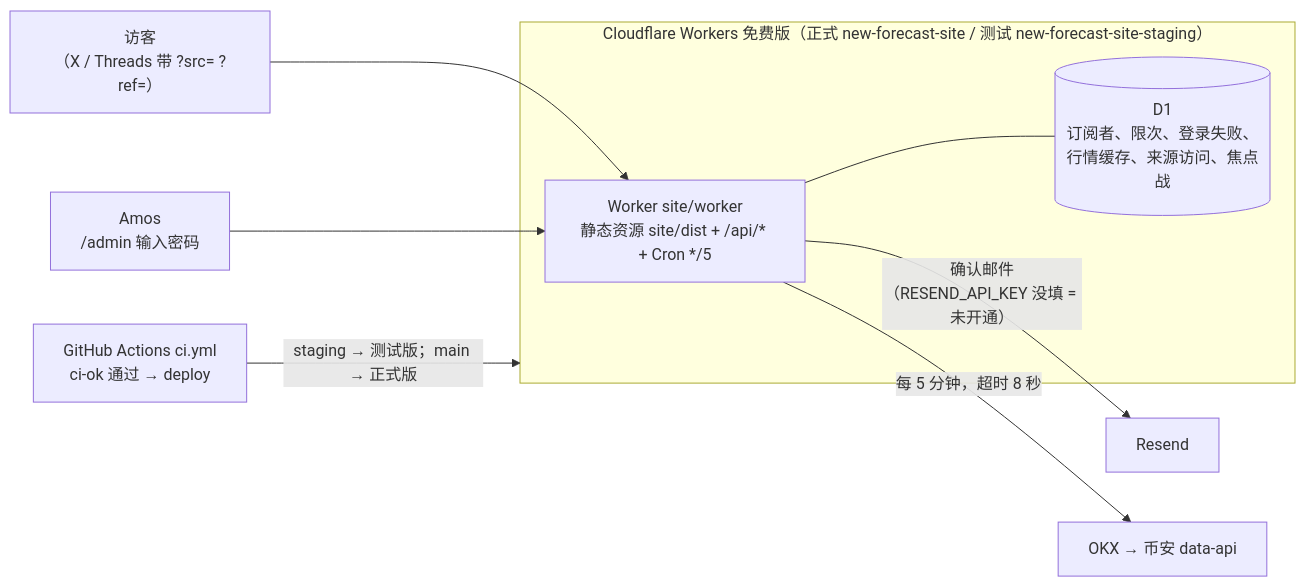
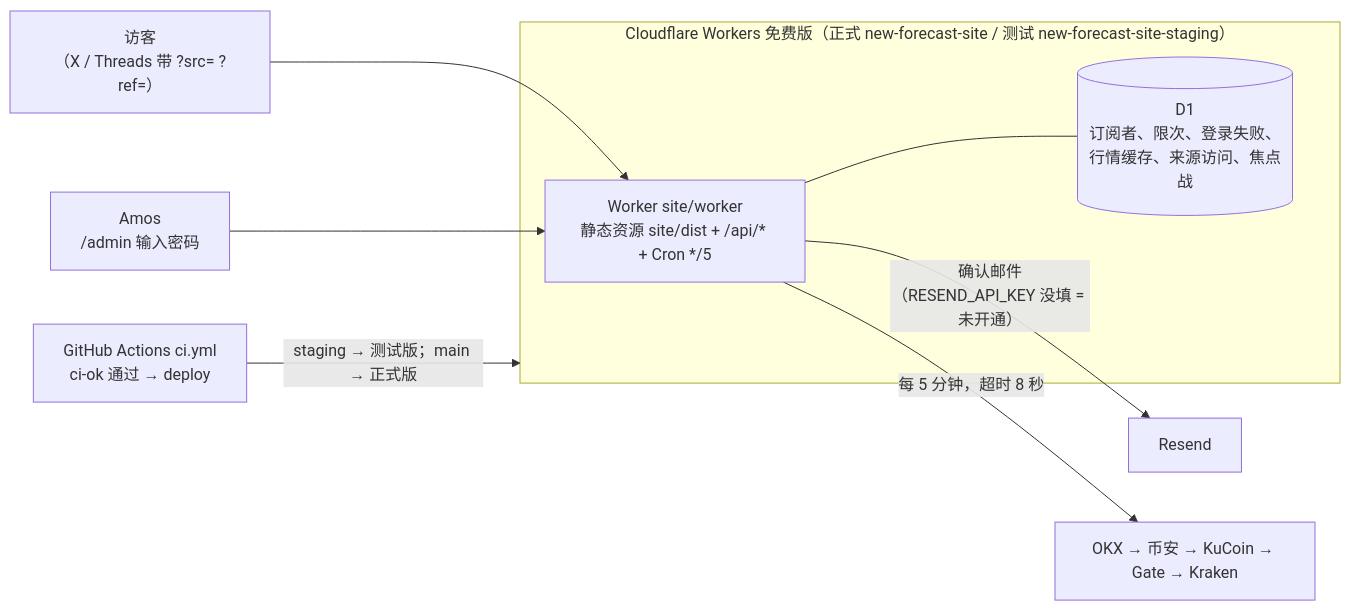
One commit to dollar3651314/new-forecast changed the diagram in 项目地图.md. Above: the diagram before and after it, drawn with Mermaid. The commit also changed other lines of this file and 4 other files, not shown here.

First line of the commit message:
BTC 看板加 KuCoin、Gate、Kraken 备用源：Cloudflare 出口访问 OKX 429、币安 403

````diff
--- a/项目地图.md
+++ b/项目地图.md
@@ -12,13 +12,13 @@
 ```mermaid
 flowchart LR
     V["访客<br/>（X / Threads 带 ?src= ?ref=）"] --> W
     A["Amos<br/>/admin 输入密码"] --> W
     subgraph CF["Cloudflare Workers 免费版（正式 new-forecast-site / 测试 new-forecast-site-staging）"]
         W["Worker site/worker<br/>静态资源 site/dist + /api/* + Cron */5"]
         D[("D1<br/>订阅者、限次、登录失败、行情缓存、来源访问、焦点战")]
         W --- D
     end
     W -->|"确认邮件（RESEND_API_KEY 没填 = 未开通）"| R["Resend"]
-    W -->|"每 5 分钟，超时 8 秒"| X["OKX → 币安 data-api"]
+    W -->|"每 5 分钟，超时 8 秒"| X["OKX → 币安 → KuCoin → Gate → Kraken"]
     GH["GitHub Actions ci.yml<br/>ci-ok 通过 → deploy"] -->|"staging → 测试版；main → 正式版"| CF
 ```
````
